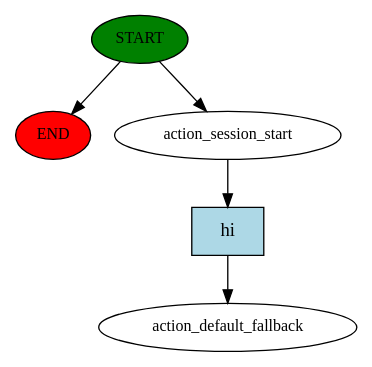
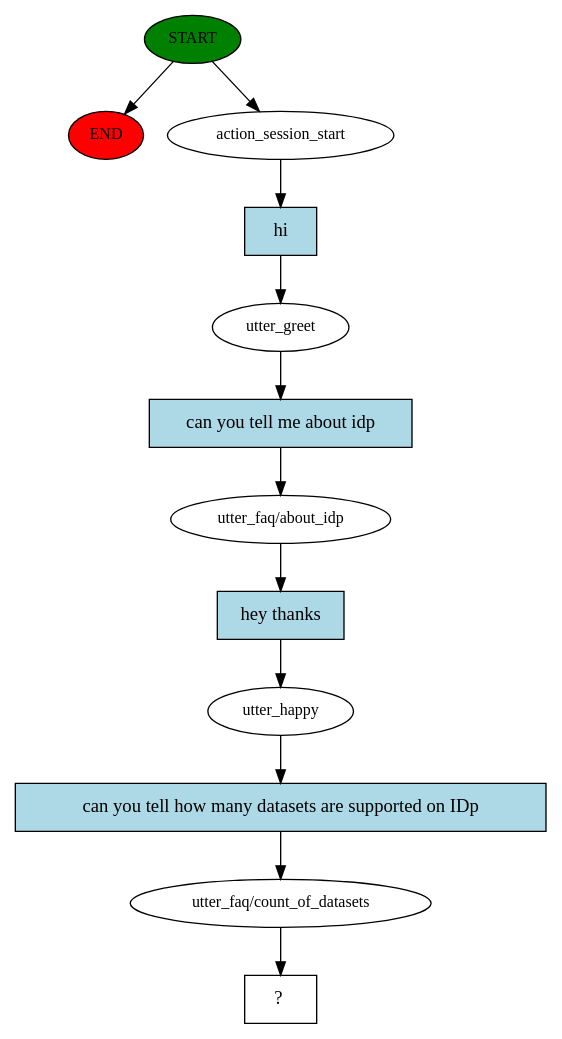
One commit to gursharan-info/idp_chatbot changed the diagram in story_graph.dot. Above: the diagram before and after it, drawn with Graphviz. The commit also changed 4 other files, not shown here.

```diff
--- a/story_graph.dot
+++ b/story_graph.dot
@@ -1,11 +1,25 @@
 digraph  {
 0 [class="start active", fillcolor=green, fontsize=12, label=START, style=filled];
 "-1" [class=end, fillcolor=red, fontsize=12, label=END, style=filled];
 1 [class=active, fontsize=12, label=action_session_start];
-2 [class="dashed active", fontsize=12, label=action_default_fallback];
-3 [class="intent active", fillcolor=lightblue, label=hi, shape=rect, style=filled];
+2 [class=active, fontsize=12, label=utter_greet];
+3 [class=active, fontsize=12, label="utter_faq/about_idp"];
+4 [class=active, fontsize=12, label=utter_happy];
+5 [class=active, fontsize=12, label="utter_faq/count_of_datasets"];
+6 [class="intent dashed active", label="  ?  ", shape=rect];
+7 [class="intent active", fillcolor=lightblue, label=hi, shape=rect, style=filled];
+8 [class="intent active", fillcolor=lightblue, label="can you tell me about idp", shape=rect, style=filled];
+9 [class="intent active", fillcolor=lightblue, label="hey thanks", shape=rect, style=filled];
+10 [class="intent active", fillcolor=lightblue, label="can you tell how many datasets are supported on IDp", shape=rect, style=filled];
 0 -> "-1"  [class="", key=NONE, label=""];
 0 -> 1  [class=active, key=NONE, label=""];
-1 -> 3  [class=active, key=0];
-3 -> 2  [class=active, key=0];
+1 -> 7  [class=active, key=0];
+2 -> 8  [class=active, key=0];
+3 -> 9  [class=active, key=0];
+4 -> 10  [class=active, key=0];
+5 -> 6  [class=active, key=NONE, label=""];
+7 -> 2  [class=active, key=0];
+8 -> 3  [class=active, key=0];
+9 -> 4  [class=active, key=0];
+10 -> 5  [class=active, key=0];
 }
```
